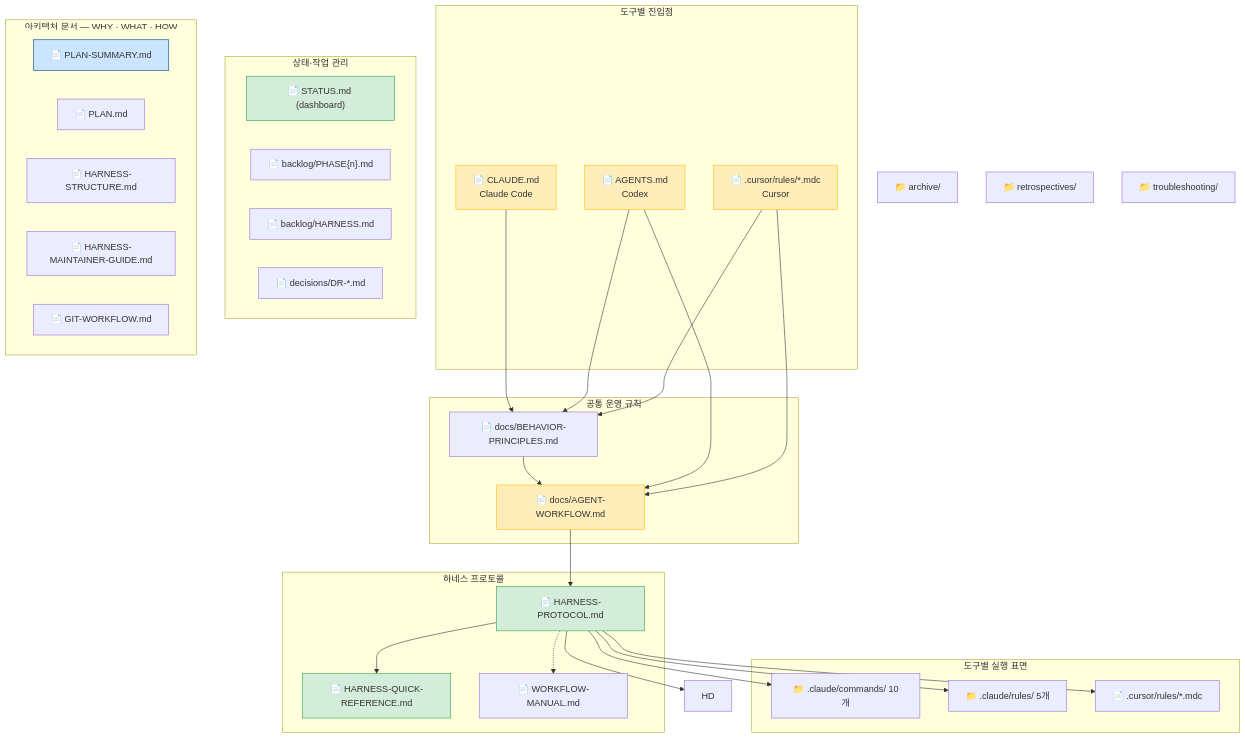
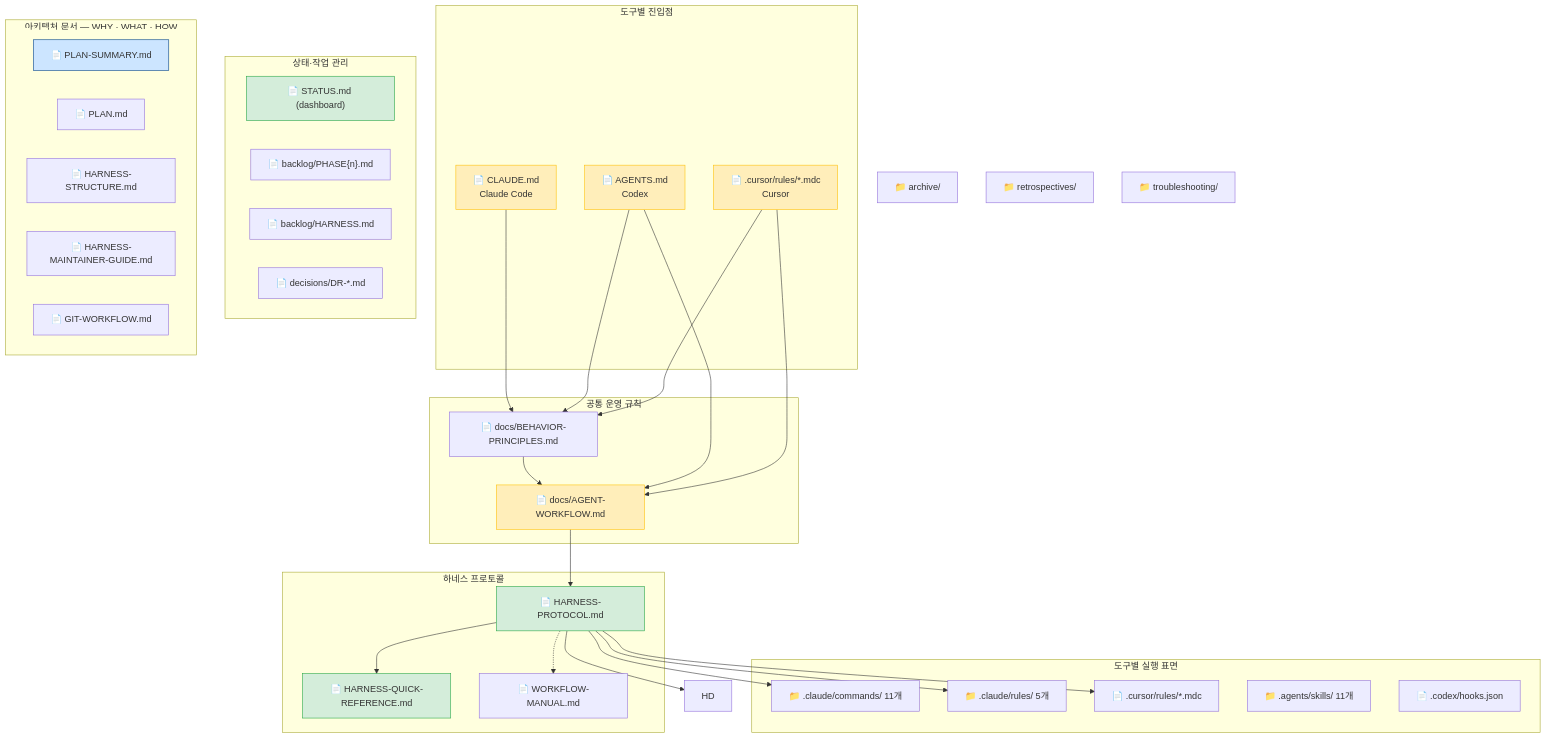
One commit to kyungseo/ai-workflow-harness changed the fifth of 14 diagrams in docs/WORKFLOW-MANUAL.md. Above: the diagram before and after it, drawn with Mermaid. The commit also changed other lines of this file and 4 other files, not shown here.

First line of the commit message:
docs: HRN-026 cascade — .agents/.codex 경로 user-facing 문서 반영

````diff
--- a/docs/WORKFLOW-MANUAL.md
+++ b/docs/WORKFLOW-MANUAL.md
@@ -219,66 +219,68 @@
 ```mermaid
 graph TD
     subgraph ENTRY ["도구별 진입점"]
         CR["📄 CLAUDE.md\nClaude Code"]
         AG["📄 AGENTS.md\nCodex"]
         CU["📄 .cursor/rules/*.mdc\nCursor"]
     end
 
     subgraph SHARED ["공통 운영 규칙"]
         BP["📄 docs/BEHAVIOR-PRINCIPLES.md"]
         CD["📄 docs/AGENT-WORKFLOW.md"]
     end
 
     subgraph HARNESS ["하네스 프로토콜"]
         HP["📄 HARNESS-PROTOCOL.md"]
         HQ["📄 HARNESS-QUICK-REFERENCE.md"]
         WM["📄 WORKFLOW-MANUAL.md"]
     end
 
     subgraph TOOLS ["도구별 실행 표면"]
-        CMD["📁 .claude/commands/ 10개"]
+        CMD["📁 .claude/commands/ 11개"]
         RULE["📁 .claude/rules/ 5개"]
         CUR_R["📄 .cursor/rules/*.mdc"]
+        SKILLS["📁 .agents/skills/ 11개"]
+        HOOKS["📄 .codex/hooks.json"]
     end
 
     subgraph LIVE ["상태·작업 관리"]
         ST["📄 STATUS.md (dashboard)"]
         BL["📄 backlog/PHASE{n}.md"]
         HB["📄 backlog/HARNESS.md"]
         DR_N["📄 decisions/DR-*.md"]
     end
 
     subgraph ADOCS ["아키텍처 문서 — WHY · WHAT · HOW"]
         PS["📄 PLAN-SUMMARY.md"]
         PL["📄 PLAN.md"]
         AR["📄 HARNESS-STRUCTURE.md"]
         DG["📄 HARNESS-MAINTAINER-GUIDE.md"]
         GW["📄 GIT-WORKFLOW.md"]
     end
 
     ARC2["📁 archive/"]
     RETRO2["📁 retrospectives/"]
     TROUBLE2["📁 troubleshooting/"]
 
     CR --> BP --> CD
     AG --> BP
     AG --> CD
     CU --> BP
     CU --> CD
     CD --> HP
     HP --> HQ
     HP --> HD
     HP --> CMD
     HP --> RULE
     HP --> CUR_R
     HP -.-> WM
 
     style CR fill:#ffeeba,stroke:#ffc107
     style AG fill:#ffeeba,stroke:#ffc107
     style CU fill:#ffeeba,stroke:#ffc107
     style CD fill:#ffeeba,stroke:#ffc107
     style ST fill:#d4edda,stroke:#28a745
     style HP fill:#d4edda,stroke:#28a745
     style HQ fill:#d4edda,stroke:#28a745
     style PS fill:#cce5ff,stroke:#004085
 ```
````
